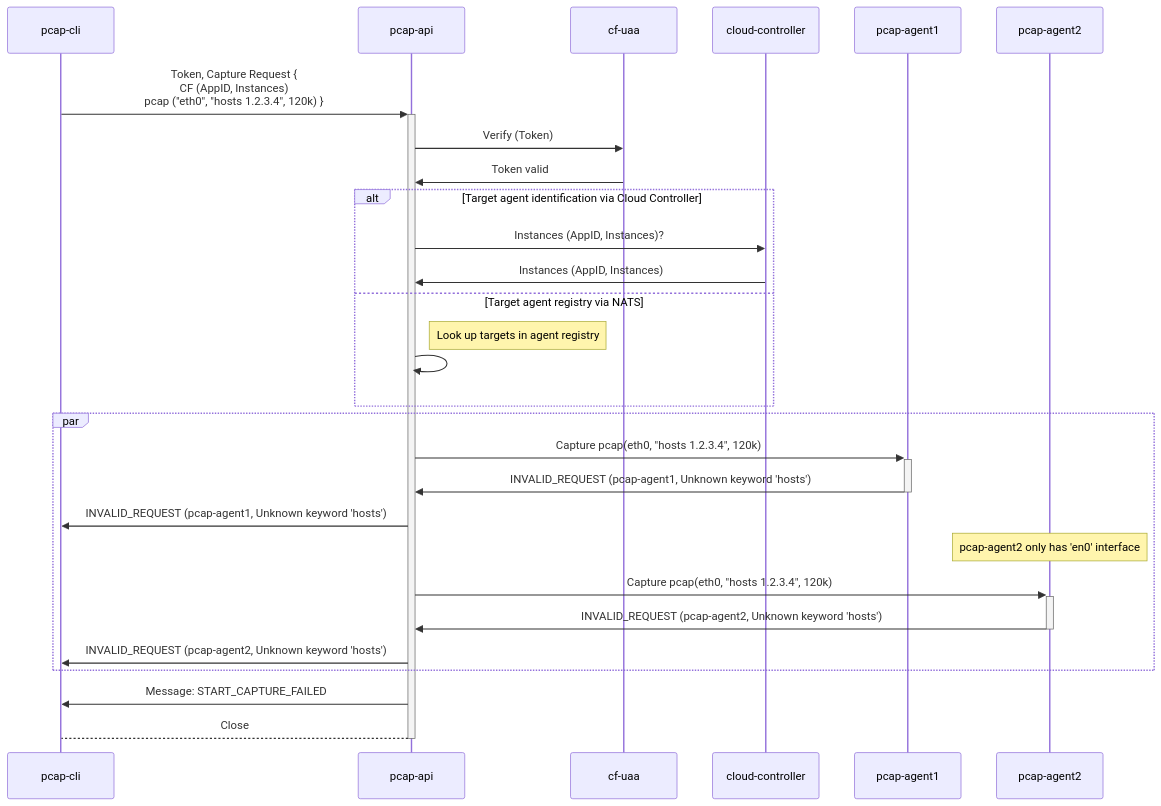
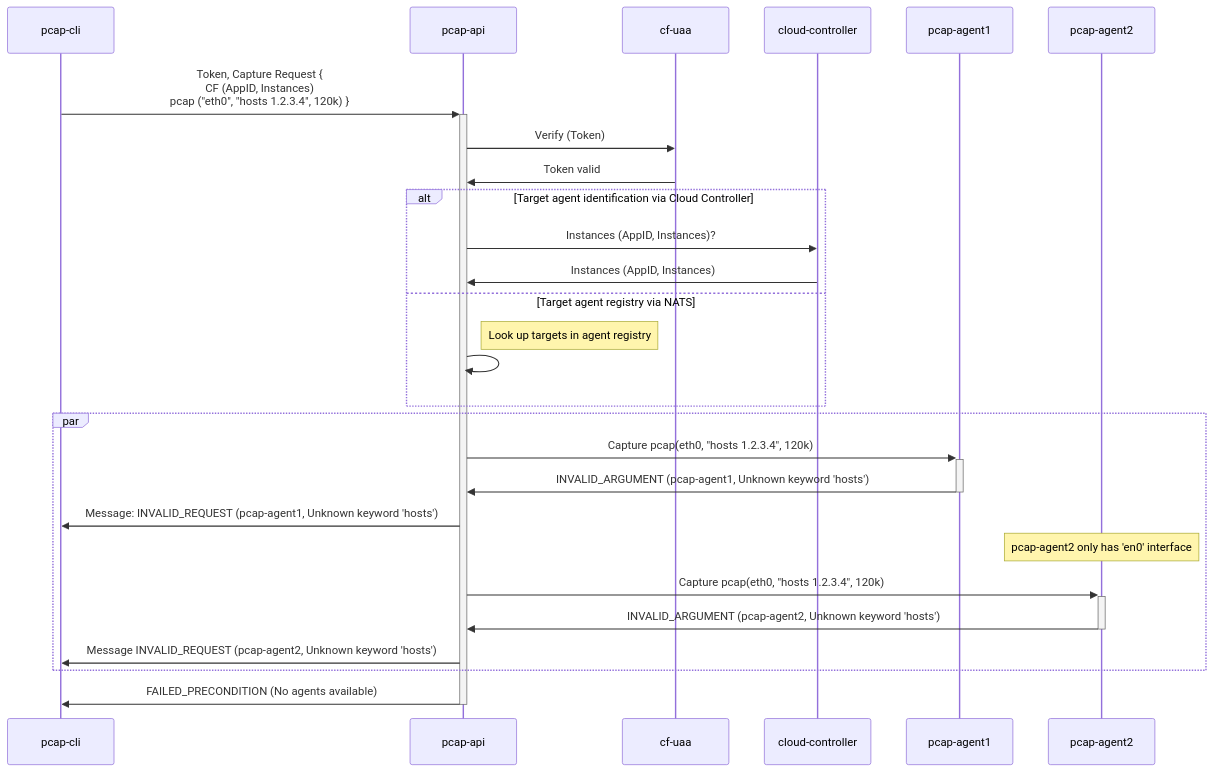
One commit to cloudfoundry/pcap-release changed diagram 16 of 21 in docs/api-communication-spec.md. Above: the diagram before and after it, drawn with Mermaid. The commit also changed other lines of this file, not shown here.

Commit message:
docs(api): adapted all use cases to native gRPC status codes where applicable

````diff
--- a/docs/api-communication-spec.md
+++ b/docs/api-communication-spec.md
@@ -725,26 +717,25 @@
 ```mermaid
 sequenceDiagram
     pcap-cli ->>+ pcap-api: Token, Capture Request {<br/>CF (AppID, Instances)<br/>pcap ("eth0", "hosts 1.2.3.4", 120k) }
     pcap-api ->> cf-uaa: Verify (Token)
     cf-uaa ->> pcap-api: Token valid
     alt Target agent identification via Cloud Controller
         pcap-api ->> cloud-controller: Instances (AppID, Instances)?
         cloud-controller ->> pcap-api: Instances (AppID, Instances)
     else Target agent registry via NATS
         note right of pcap-api: Look up targets in agent registry
         pcap-api ->> pcap-api: 
     end
     par
         pcap-api ->>+ pcap-agent1: Capture pcap(eth0, "hosts 1.2.3.4", 120k)
-        pcap-agent1 ->>- pcap-api: INVALID_REQUEST (pcap-agent1, Unknown keyword 'hosts')
-        pcap-api ->> pcap-cli: INVALID_REQUEST (pcap-agent1, Unknown keyword 'hosts')
+        pcap-agent1 ->>- pcap-api: INVALID_ARGUMENT (pcap-agent1, Unknown keyword 'hosts')
+        pcap-api ->> pcap-cli: Message: INVALID_REQUEST (pcap-agent1, Unknown keyword 'hosts')
     
         note over pcap-agent2: pcap-agent2 only has 'en0' interface
         pcap-api ->>+ pcap-agent2: Capture pcap(eth0, "hosts 1.2.3.4", 120k)
-        pcap-agent2 ->>- pcap-api: INVALID_REQUEST (pcap-agent2, Unknown keyword 'hosts')
-        pcap-api ->> pcap-cli: INVALID_REQUEST (pcap-agent2, Unknown keyword 'hosts')
+        pcap-agent2 ->>- pcap-api: INVALID_ARGUMENT (pcap-agent2, Unknown keyword 'hosts')
+        pcap-api ->> pcap-cli: Message INVALID_REQUEST (pcap-agent2, Unknown keyword 'hosts')
     end
     
-    pcap-api ->> pcap-cli: Message: START_CAPTURE_FAILED
-    pcap-api -->- pcap-cli: Close
+    pcap-api ->>- pcap-cli: FAILED_PRECONDITION (No agents available)
 ```
````
